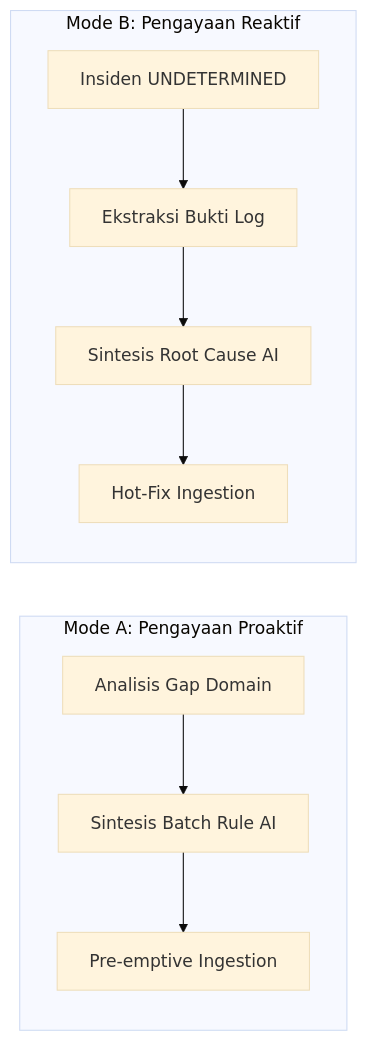
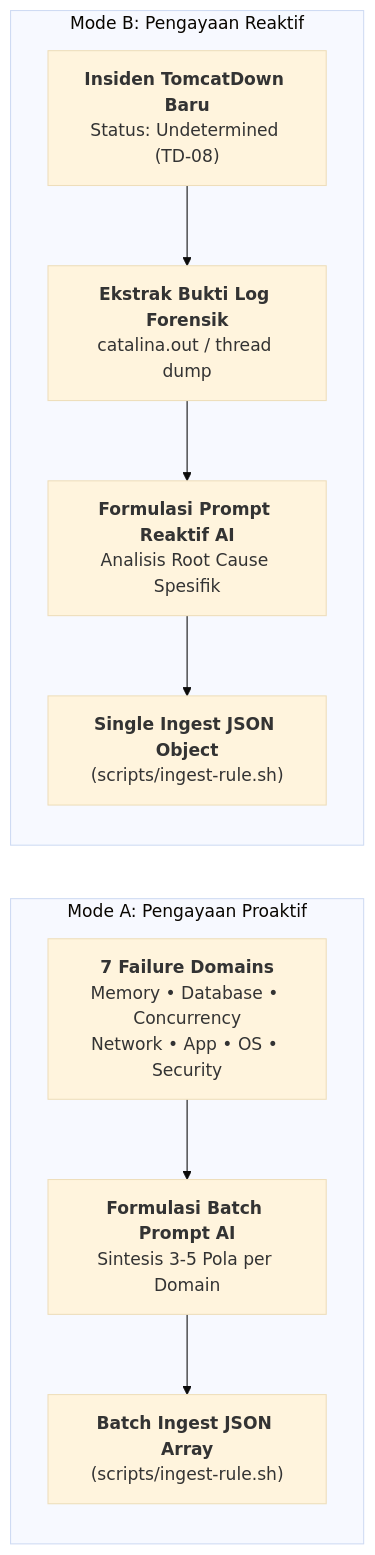
Before and after one commit to edkas07-oss/devops-handbook: the second of 3 diagrams in docs/projects/tomcat-monitoring/operations/ai-knowledge-enrichment-and-rule-management-runbook.md, drawn with Mermaid (base theme). The commit also changed other lines of this file, not shown here.

````diff
--- a/docs/projects/tomcat-monitoring/operations/ai-knowledge-enrichment-and-rule-management-runbook.md
+++ b/docs/projects/tomcat-monitoring/operations/ai-knowledge-enrichment-and-rule-management-runbook.md
@@ -57,15 +53,15 @@
 ```mermaid
 flowchart LR
     subgraph Mode_A["Mode A: Pengayaan Proaktif"]
         direction TB
-        MA1["Analisis Gap Domain"] --> MA2["Sintesis Batch Rule AI"]
-        MA2 --> MA3["Pre-emptive Ingestion"]
+        DOM["<b>7 Failure Domains</b><br/>Memory • Database • Concurrency<br/>Network • App • OS • Security"] --> PROMPT_A["<b>Formulasi Batch Prompt AI</b><br/>Sintesis 3-5 Pola per Domain"]
+        PROMPT_A --> INGEST_A["<b>Batch Ingest JSON Array</b><br/>(scripts/ingest-rule.sh)"]
     end
 
     subgraph Mode_B["Mode B: Pengayaan Reaktif"]
         direction TB
-        MB1["Insiden UNDETERMINED"] --> MB2["Ekstraksi Bukti Log"]
-        MB2 --> MB3["Sintesis Root Cause AI"]
-        MB3 --> MB4["Hot-Fix Ingestion"]
+        INC["<b>Insiden TomcatDown Baru</b><br/>Status: Undetermined (TD-08)"] --> EXTRACT["<b>Ekstrak Bukti Log Forensik</b><br/>catalina.out / thread dump"]
+        EXTRACT --> PROMPT_B["<b>Formulasi Prompt Reaktif AI</b><br/>Analisis Root Cause Spesifik"]
+        PROMPT_B --> INGEST_B["<b>Single Ingest JSON Object</b><br/>(scripts/ingest-rule.sh)"]
     end
 ```
````
